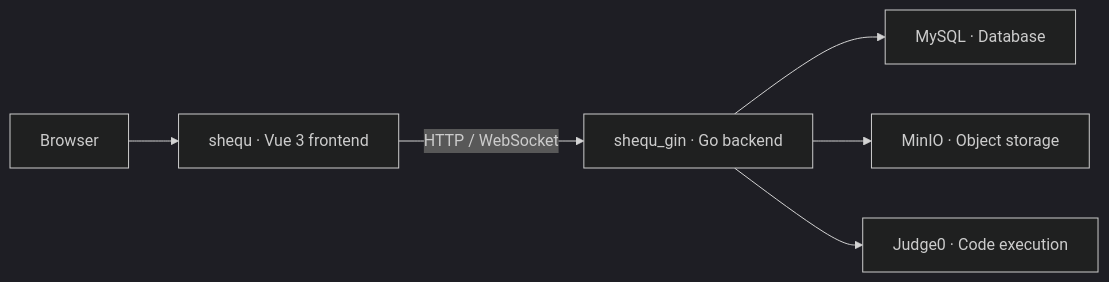
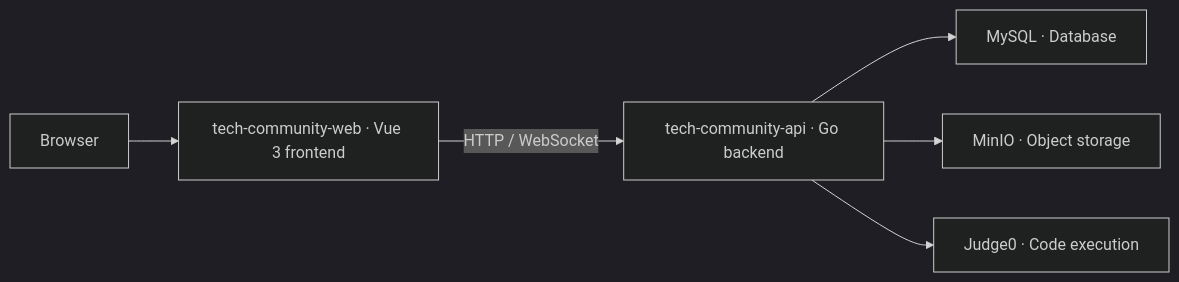
The diagram in README.en.md (qihai-coding/tech-community-web), drawn with Mermaid (dark theme) before and after one commit. The commit also changed other lines of this file and 3 other files, not shown here.

````diff
--- a/README.en.md
+++ b/README.en.md
@@ -35,8 +35,8 @@
 ```mermaid
 flowchart LR
-    Browser["Browser"] --> Frontend["shequ · Vue 3 frontend"]
-    Frontend -->|"HTTP / WebSocket"| Backend["shequ_gin · Go backend"]
+    Browser["Browser"] --> Frontend["tech-community-web · Vue 3 frontend"]
+    Frontend -->|"HTTP / WebSocket"| Backend["tech-community-api · Go backend"]
     Backend --> DB["MySQL · Database"]
     Backend --> Storage["MinIO · Object storage"]
     Backend --> Runner["Judge0 · Code execution"]
 ```
````
